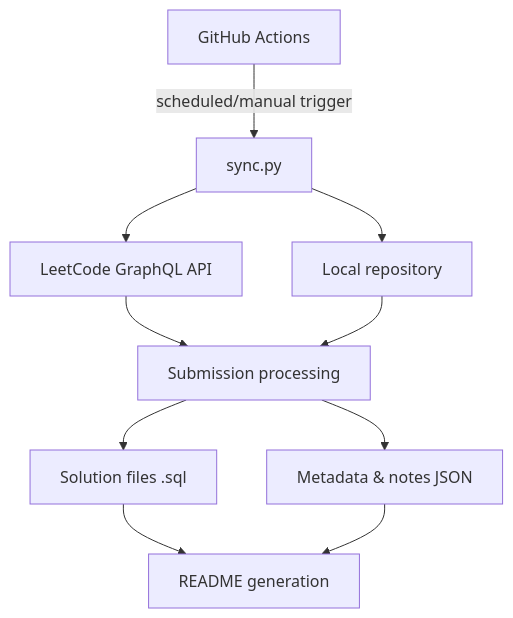
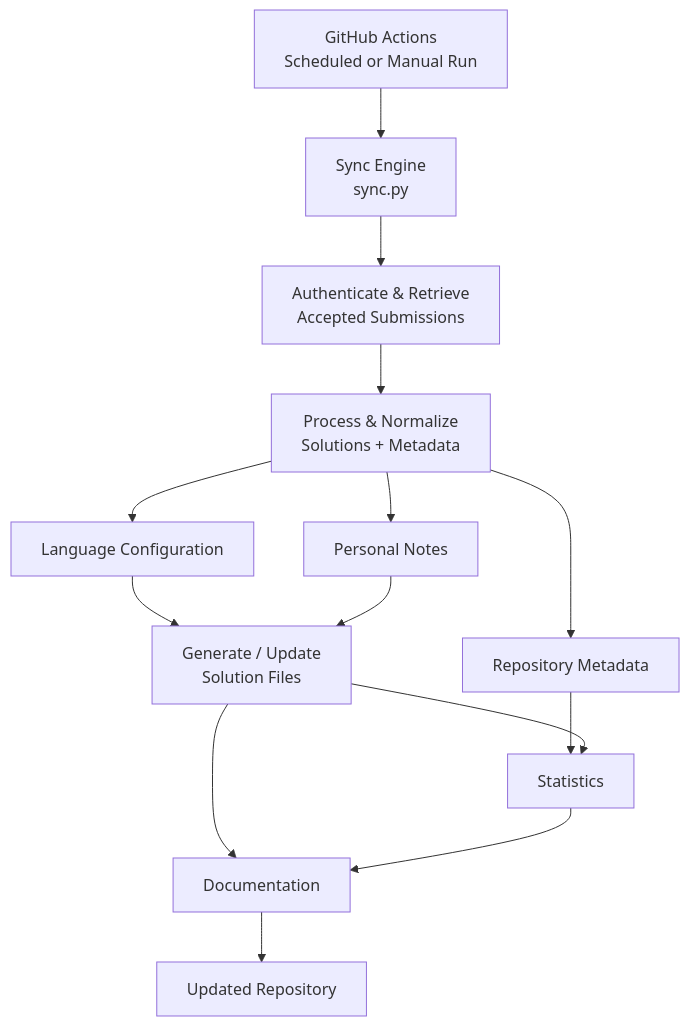
Before and after one commit to Cir9no-0001/CodeAtlas: the diagram in README.template.md, drawn with Mermaid. The commit also changed other lines of this file, not shown here.

Commit message:
readmemaxxing

````diff
--- a/README.template.md
+++ b/README.template.md
@@ -423,12 +423,23 @@
 ```mermaid
 flowchart TD
-    A[GitHub Actions] -->|scheduled/manual trigger| B[sync.py]
-    B --> C[LeetCode GraphQL API]
-    B --> D[Local repository]
-    C --> E[Submission processing]
-    D --> E
-    E --> F[Solution files .sql]
-    E --> G[Metadata & notes JSON]
-    F --> H[README generation]
-    G --> H
+    A[GitHub Actions<br/>Scheduled or Manual Run]
+    --> B[Sync Engine<br/>sync.py]
+
+    B --> C[Authenticate & Retrieve<br/>Accepted Submissions]
+    C --> D[Process & Normalize<br/>Solutions + Metadata]
+
+    D --> E[Language Configuration]
+    E --> F[Generate / Update<br/>Solution Files]
+
+    D --> G[Repository Metadata]
+    D --> H[Personal Notes]
+
+    G --> I[Statistics]
+    F --> I
+    H --> F
+
+    F --> J[Documentation]
+    I --> J
+
+    J --> K[Updated Repository]
 ```
````
